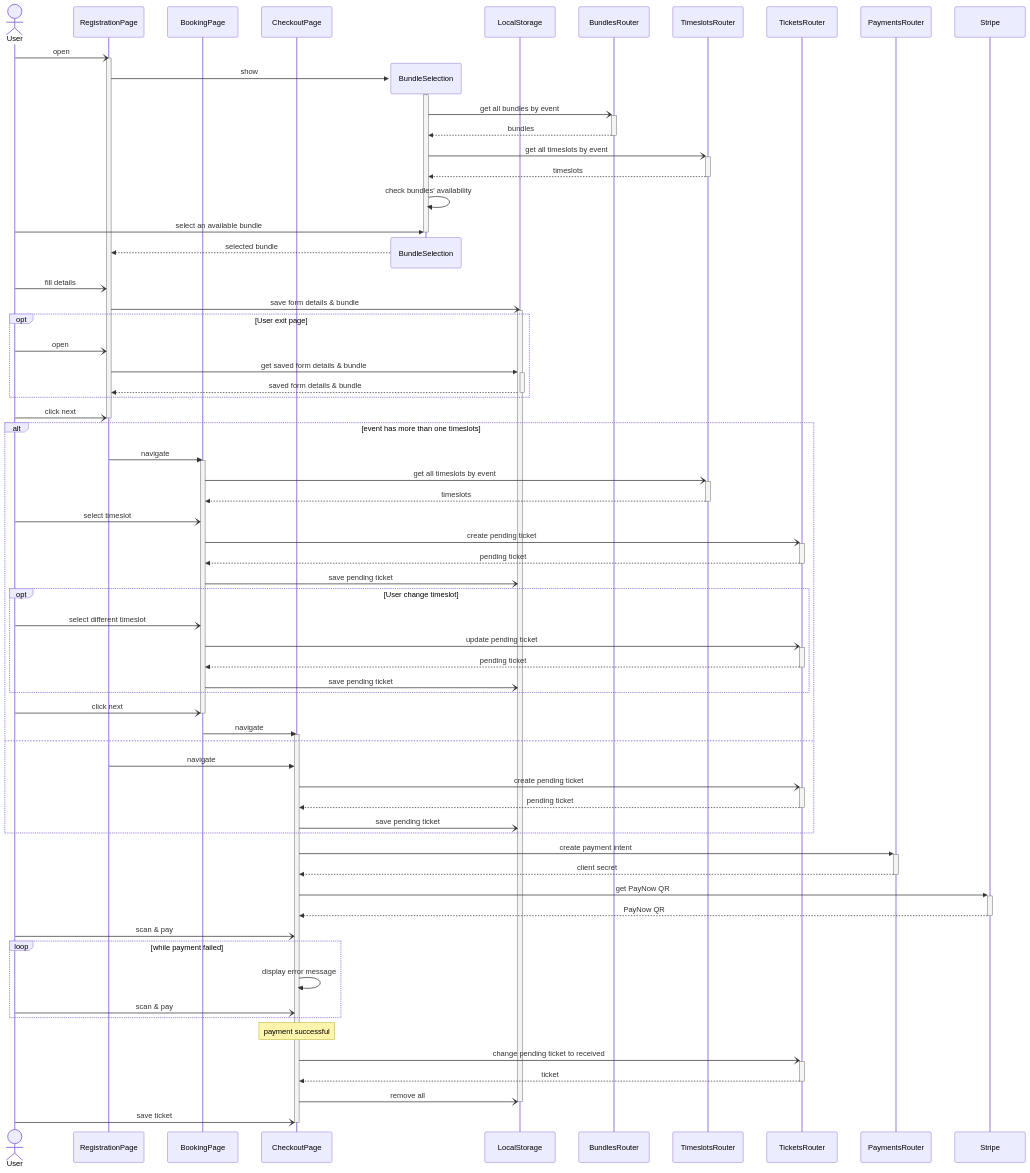
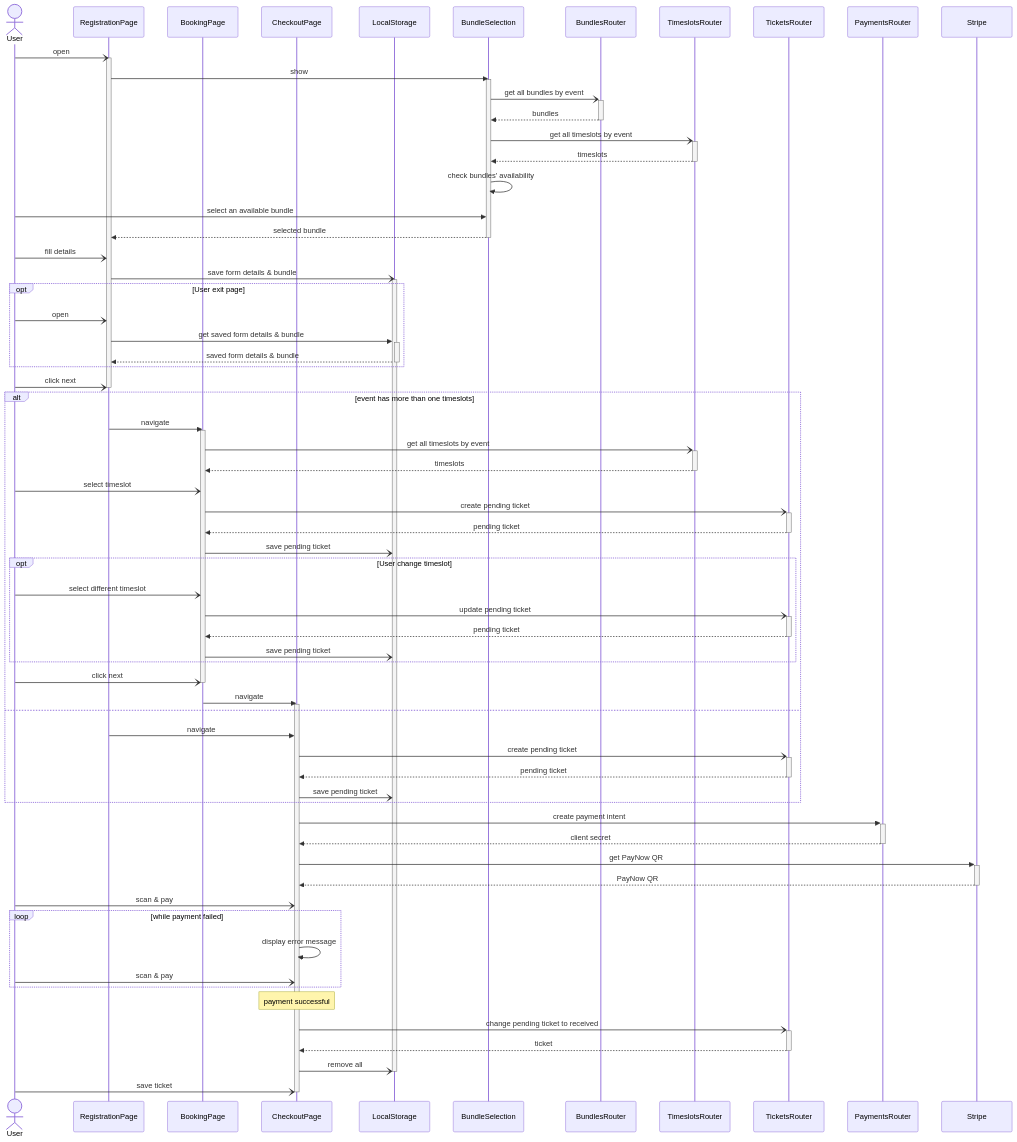
Before and after one commit to GTD-IT-XXIV/gtd-xxvi-website: the diagram in docs/sequence-diagrams.md, drawn with Mermaid.

Commit message:
docs: comment out mermaid v10.3 features

```diff
--- a/docs/sequence-diagrams.md
+++ b/docs/sequence-diagrams.md
@@ -12,7 +12,7 @@
   User-)RegistrationPage: open
   activate RegistrationPage
 
-  create participant BundleSelection
+  %% create participant BundleSelection
   participant LocalStorage
 
   RegistrationPage->>BundleSelection: show
@@ -23,9 +23,9 @@
   TimeslotsRouter-->>-BundleSelection: timeslots
   BundleSelection->>BundleSelection: check bundles' availability
   User->>BundleSelection: select an available bundle
+  %% destroy BundleSelection
+  BundleSelection-->>RegistrationPage: selected bundle
   deactivate BundleSelection
-  destroy BundleSelection
-  BundleSelection-->>RegistrationPage: selected bundle
 
   User-)RegistrationPage: fill details
   RegistrationPage-)LocalStorage: save form details & bundle
```
